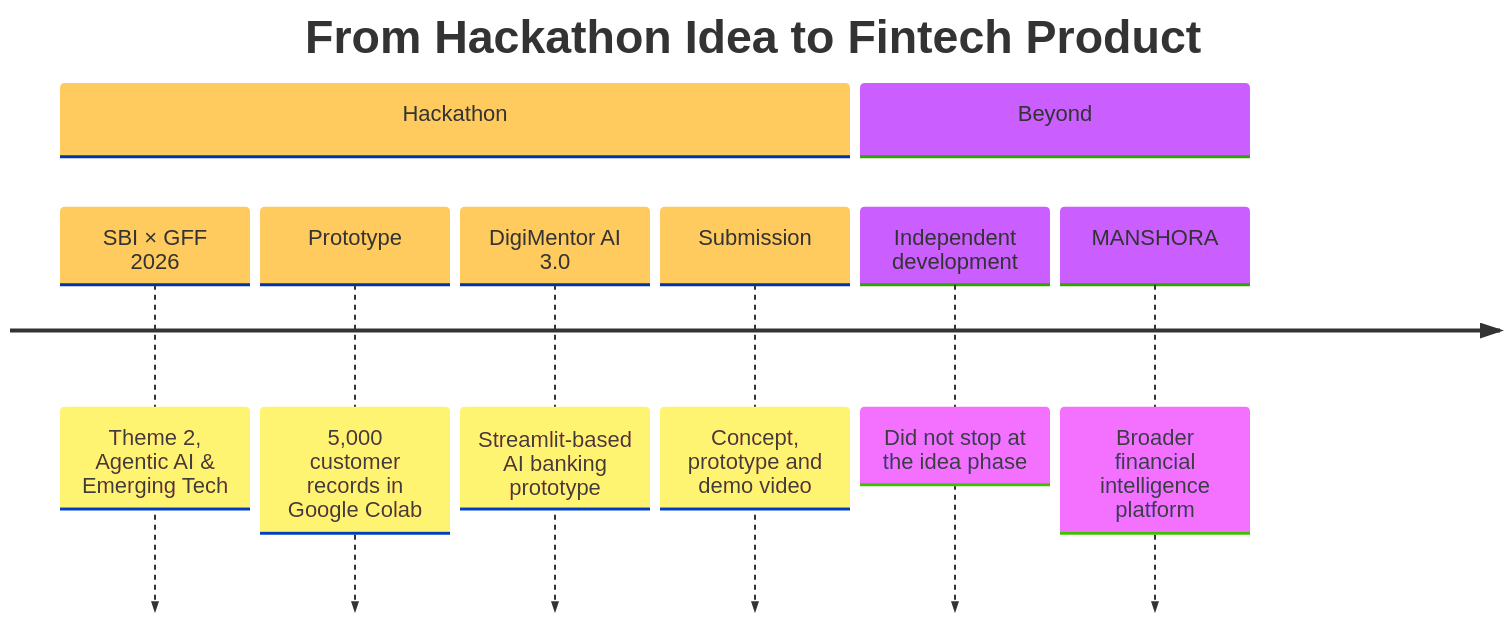
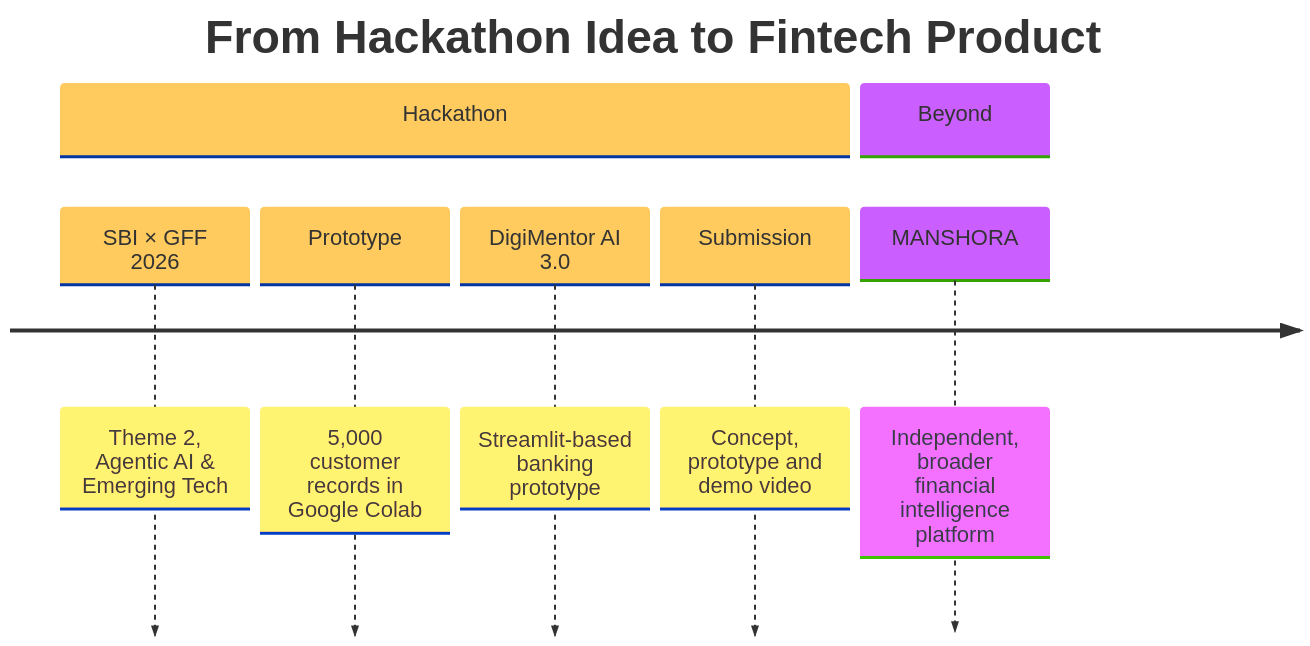
One commit to Mansi232323/MANSHORA changed the second of 13 diagrams in README.md. Above: the diagram before and after it, drawn with Mermaid. The commit also changed other lines of this file, not shown here.

````diff
--- a/README.md
+++ b/README.md
@@ -129,13 +98,12 @@
 ```mermaid
-%%{init: {'theme':'base','themeVariables':{'fontSize':'22px','fontFamily':'Segoe UI, Arial'}}}%%
+%%{init: {'theme':'base','themeVariables':{'fontSize':'22px'}}}%%
 timeline
     title From Hackathon Idea to Fintech Product
     section Hackathon
         SBI × GFF 2026 : Theme 2, Agentic AI & Emerging Tech
         Prototype : 5,000 customer records in Google Colab
-        DigiMentor AI 3.0 : Streamlit-based AI banking prototype
+        DigiMentor AI 3.0 : Streamlit-based banking prototype
         Submission : Concept, prototype and demo video
     section Beyond
-        Independent development : Did not stop at the idea phase
-        MANSHORA : Broader financial intelligence platform
+        MANSHORA : Independent, broader financial intelligence platform
 ```
````
